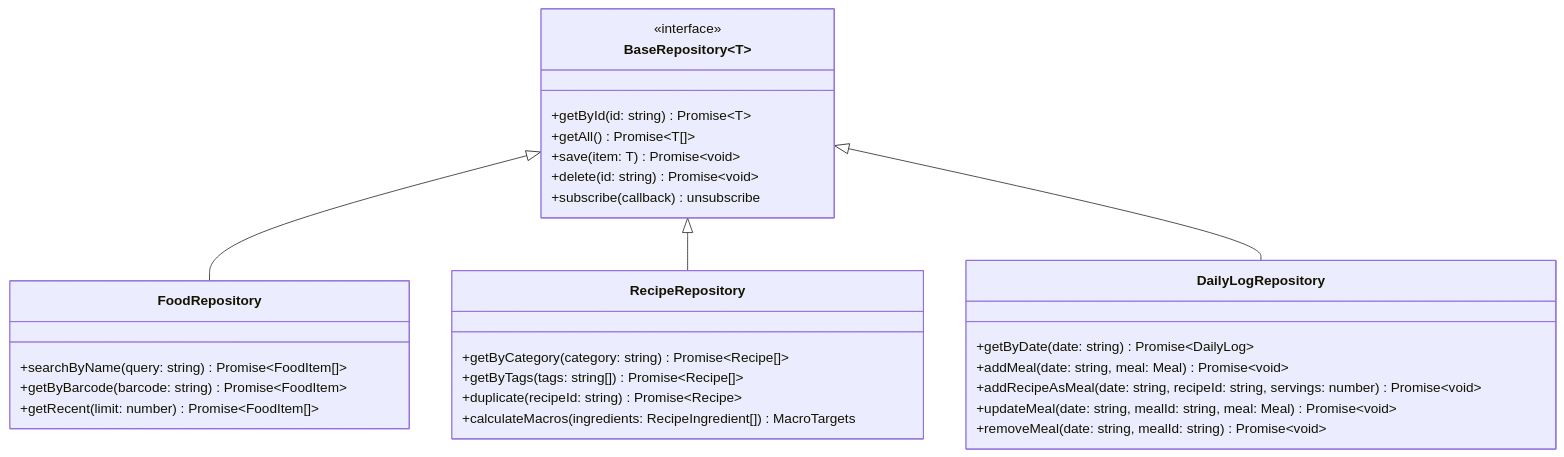
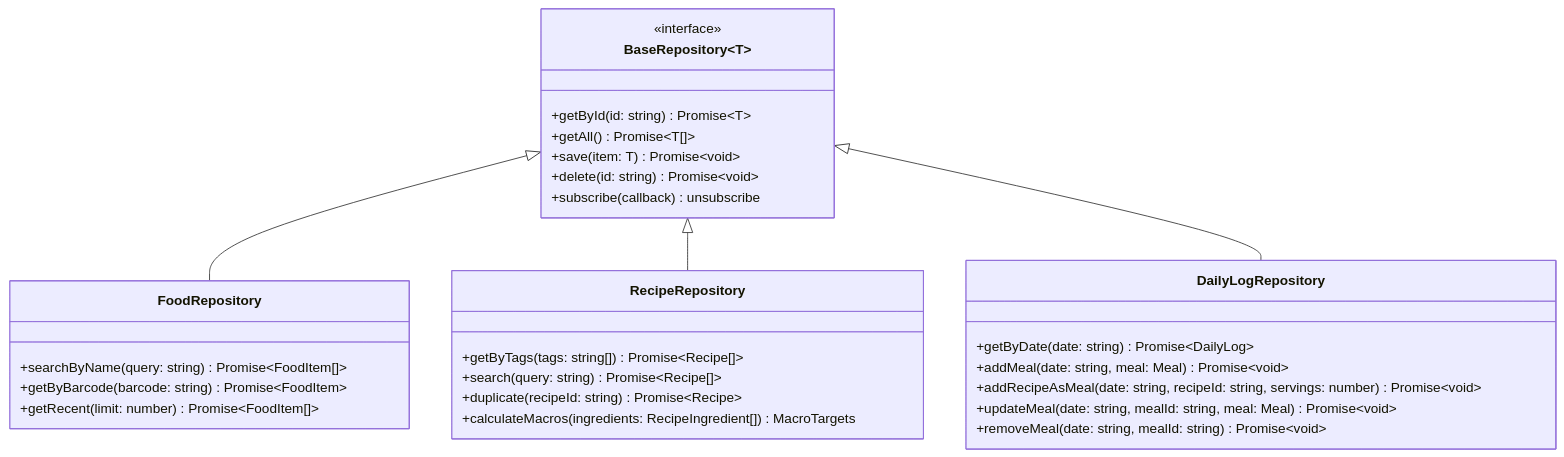
Before and after one commit to TimothyYao/meal-planning: the seventh of 26 diagrams in doc/recipes-design.md, drawn with Mermaid. The commit also changed other lines of this file, not shown here.

First line of the commit message:
Simplify recipe data model

````diff
--- a/doc/recipes-design.md
+++ b/doc/recipes-design.md
@@ -258,36 +252,36 @@
 ```mermaid
 classDiagram
     class BaseRepository~T~ {
         <<interface>>
         +getById(id: string) Promise~T~
         +getAll() Promise~T[]~
         +save(item: T) Promise~void~
         +delete(id: string) Promise~void~
         +subscribe(callback) unsubscribe
     }
     
     class FoodRepository {
         +searchByName(query: string) Promise~FoodItem[]~
         +getByBarcode(barcode: string) Promise~FoodItem~
         +getRecent(limit: number) Promise~FoodItem[]~
     }
     
     class RecipeRepository {
-        +getByCategory(category: string) Promise~Recipe[]~
         +getByTags(tags: string[]) Promise~Recipe[]~
+        +search(query: string) Promise~Recipe[]~
         +duplicate(recipeId: string) Promise~Recipe~
         +calculateMacros(ingredients: RecipeIngredient[]) MacroTargets
     }
     
     class DailyLogRepository {
         +getByDate(date: string) Promise~DailyLog~
         +addMeal(date: string, meal: Meal) Promise~void~
         +addRecipeAsMeal(date: string, recipeId: string, servings: number) Promise~void~
         +updateMeal(date: string, mealId: string, meal: Meal) Promise~void~
         +removeMeal(date: string, mealId: string) Promise~void~
     }
     
     BaseRepository <|-- FoodRepository
     BaseRepository <|-- RecipeRepository
     BaseRepository <|-- DailyLogRepository
 ```
````
